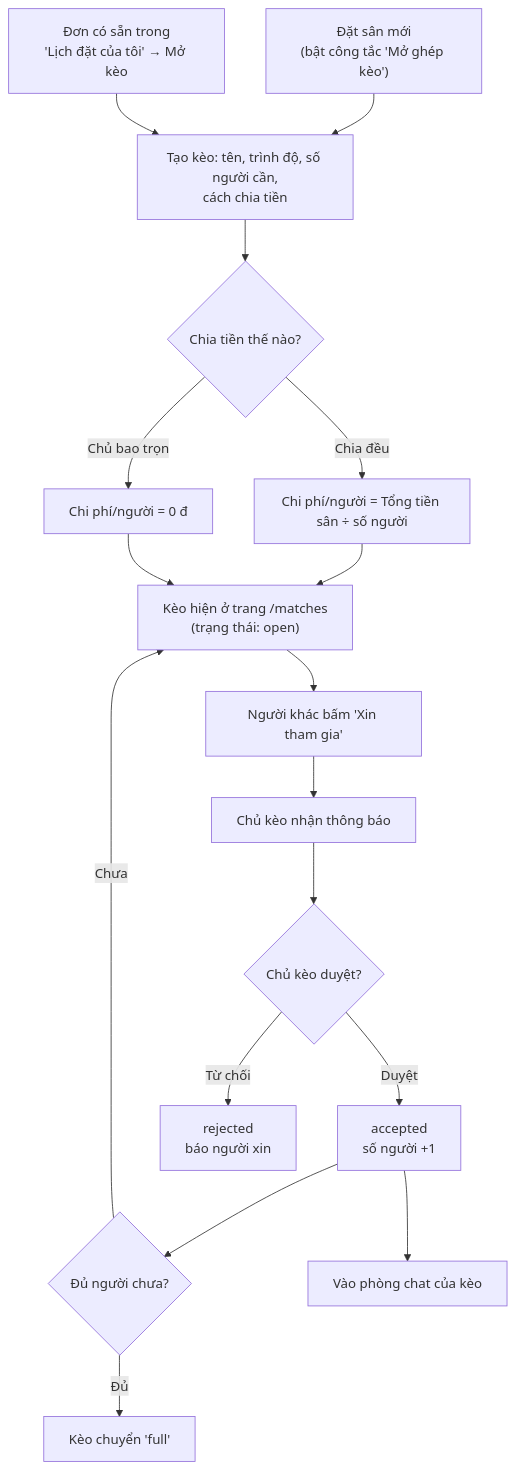
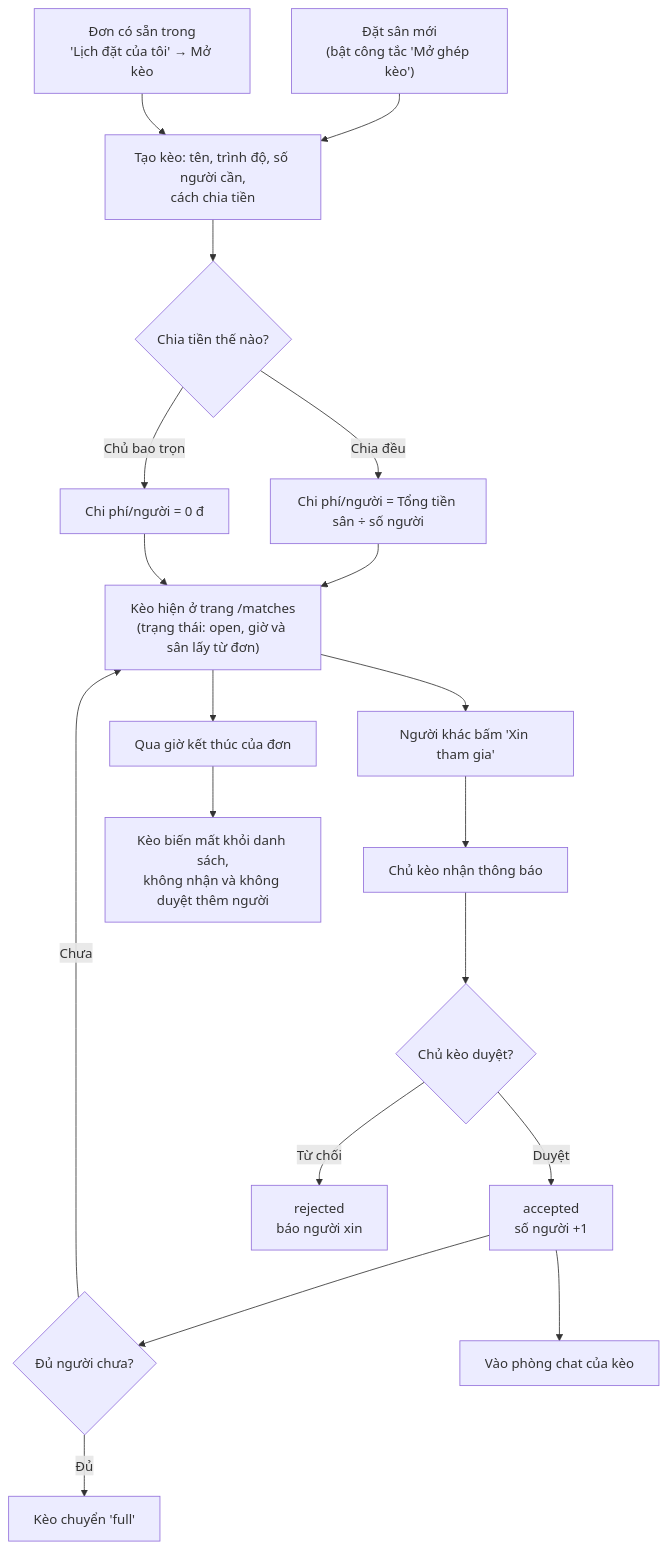
Before and after one commit to tuan2304/sportarena: the fifth of 8 diagrams in README.md, drawn with Mermaid. The commit also changed other lines of this file and 2 other files, not shown here.

````diff
--- a/README.md
+++ b/README.md
@@ -255,21 +266,23 @@
 ```mermaid
 flowchart TD
     S1["Đặt sân mới<br/>(bật công tắc 'Mở ghép kèo')"] --> M
     S2["Đơn có sẵn trong<br/>'Lịch đặt của tôi' → Mở kèo"] --> M
     M["Tạo kèo: tên, trình độ, số người cần,<br/>cách chia tiền"] --> C{"Chia tiền thế nào?"}
     C -- "Chia đều" --> C1["Chi phí/người = Tổng tiền sân ÷ số người"]
     C -- "Chủ bao trọn" --> C2["Chi phí/người = 0 đ"]
     C1 --> L
     C2 --> L
-    L["Kèo hiện ở trang /matches<br/>(trạng thái: open)"]
+    L["Kèo hiện ở trang /matches<br/>(trạng thái: open, giờ và sân lấy từ đơn)"]
 
     L --> J["Người khác bấm 'Xin tham gia'"]
     J --> N1["Chủ kèo nhận thông báo"]
     N1 --> D{"Chủ kèo duyệt?"}
     D -- Duyệt --> A["accepted<br/>số người +1"]
     D -- Từ chối --> R["rejected<br/>báo người xin"]
     A --> F{"Đủ người chưa?"}
     F -- Đủ --> FULL["Kèo chuyển 'full'"]
     F -- Chưa --> L
     A --> CH["Vào phòng chat của kèo"]
+    L --> E["Qua giờ kết thúc của đơn"]
+    E --> X["Kèo biến mất khỏi danh sách,<br/>không nhận và không duyệt thêm người"]
 ```
````
